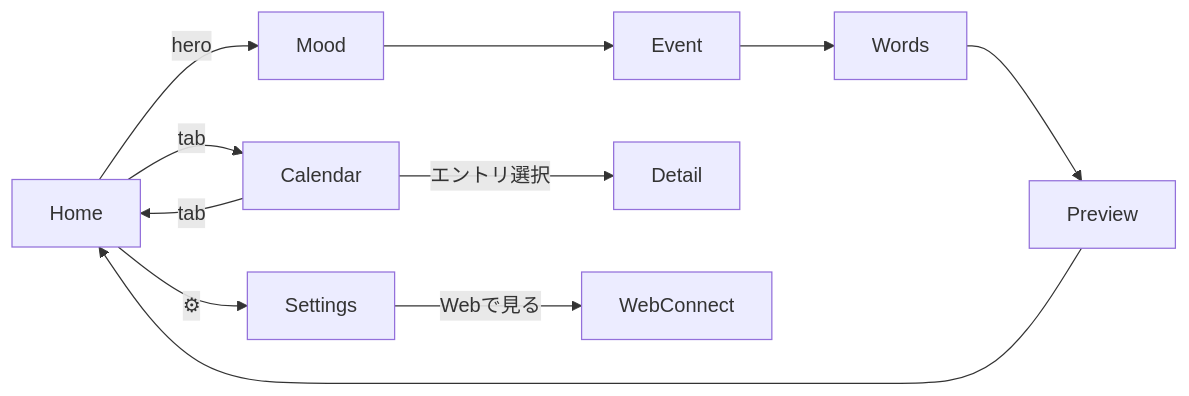
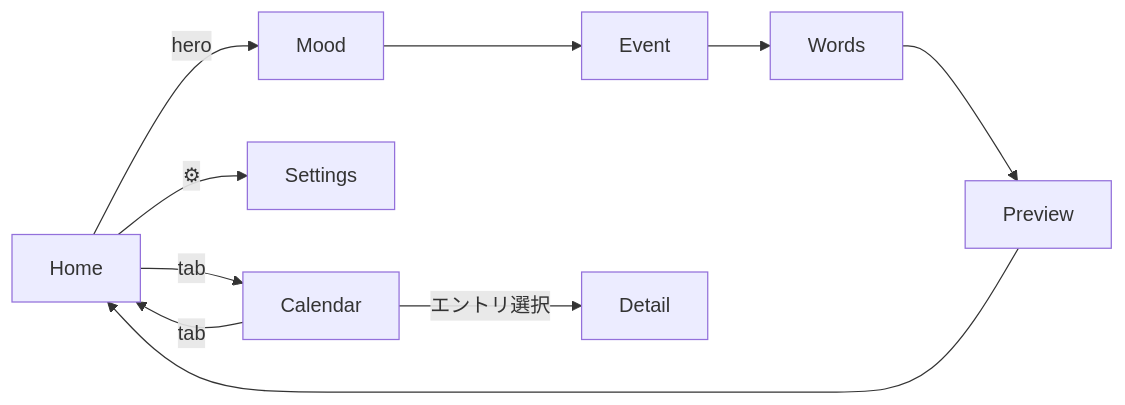
Before and after one commit to KierkegaalL/tasogare-diary: the third of 5 diagrams in docs/design/basic-design.md, drawn with Mermaid. The commit also changed other lines of this file and 14 other files, not shown here.

````diff
--- a/docs/design/basic-design.md
+++ b/docs/design/basic-design.md
@@ -146,9 +145,8 @@
 ```mermaid
 graph LR
   Home -->|tab| Calendar
   Home -->|⚙| Settings
   Home -->|hero| Mood --> Event --> Words --> Preview --> Home
   Calendar -->|エントリ選択| Detail
-  Settings -->|Webで見る| WebConnect
   Calendar -->|tab| Home
 ```
````
